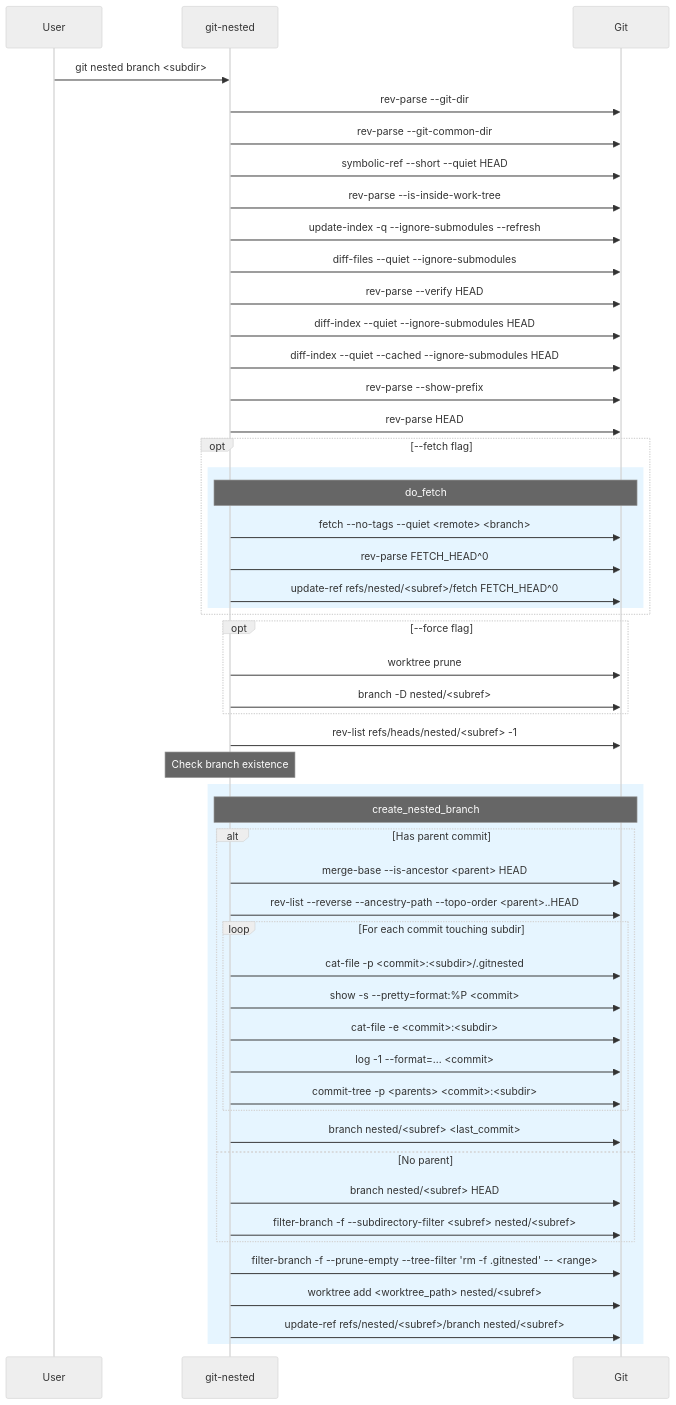
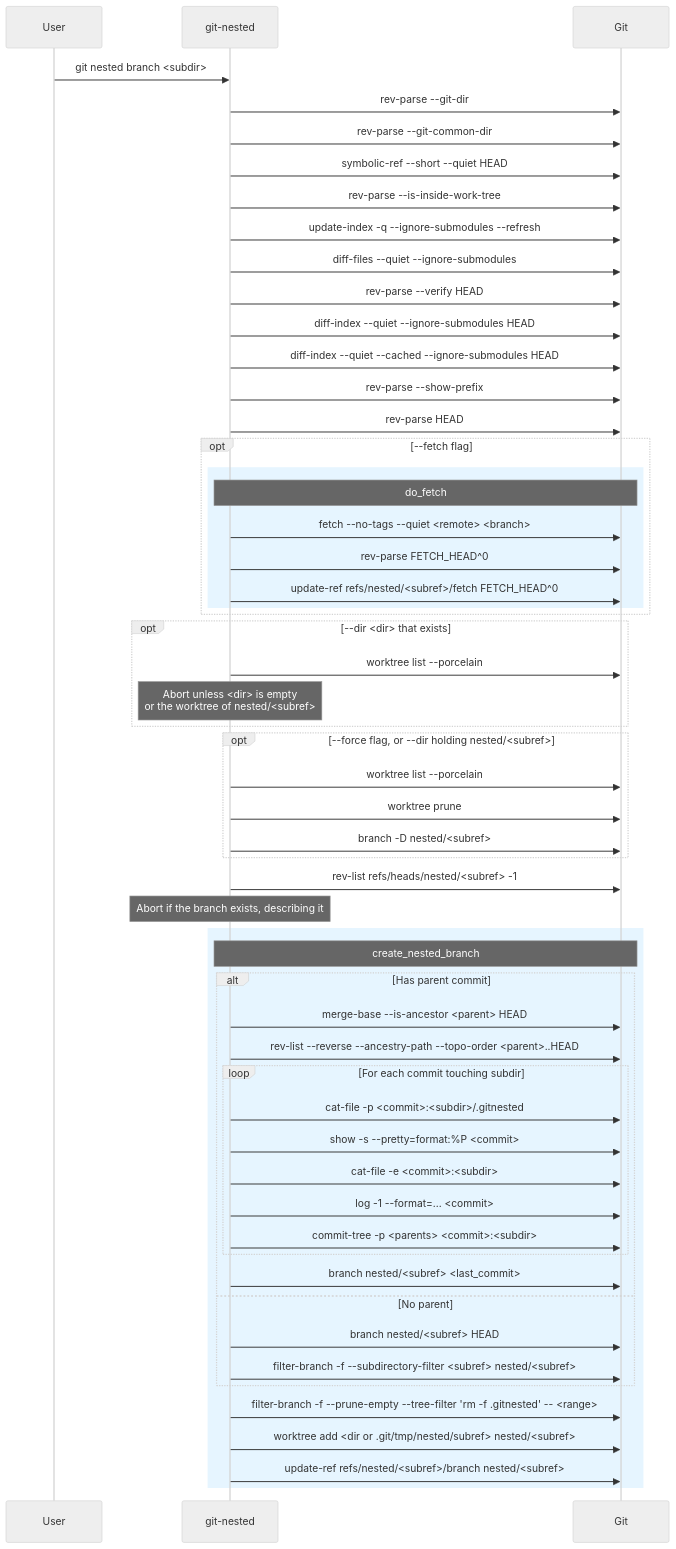
Before and after one commit to thorsten-klein/git-nested: the sixth of 12 diagrams in docs/diagrams.md, drawn with Mermaid (neutral theme). The commit also changed 13 other files, not shown here.

First line of the commit message:
feat(branch): choose where the worktree goes with -d/--dir (#50)

````diff
--- a/docs/diagrams.md
+++ b/docs/diagrams.md
@@ -303,59 +303,65 @@
 ```mermaid
 sequenceDiagram
     participant User
     participant git-nested
     participant Git
 
     User->>git-nested: git nested branch <subdir>
     git-nested->>Git: rev-parse --git-dir
     git-nested->>Git: rev-parse --git-common-dir
     git-nested->>Git: symbolic-ref --short --quiet HEAD
     git-nested->>Git: rev-parse --is-inside-work-tree
     git-nested->>Git: update-index -q --ignore-submodules --refresh
     git-nested->>Git: diff-files --quiet --ignore-submodules
     git-nested->>Git: rev-parse --verify HEAD
     git-nested->>Git: diff-index --quiet --ignore-submodules HEAD
     git-nested->>Git: diff-index --quiet --cached --ignore-submodules HEAD
     git-nested->>Git: rev-parse --show-prefix
     git-nested->>Git: rev-parse HEAD
 
     opt --fetch flag
         rect rgb(230, 245, 255)
             Note over git-nested,Git: do_fetch
             git-nested->>Git: fetch --no-tags --quiet <remote> <branch>
             git-nested->>Git: rev-parse FETCH_HEAD^0
             git-nested->>Git: update-ref refs/nested/<subref>/fetch FETCH_HEAD^0
         end
     end
 
-    opt --force flag
+    opt --dir <dir> that exists
+        git-nested->>Git: worktree list --porcelain
+        Note over git-nested: Abort unless <dir> is empty<br/>or the worktree of nested/<subref>
+    end
+
+    opt --force flag, or --dir holding nested/<subref>
+        git-nested->>Git: worktree list --porcelain
         git-nested->>Git: worktree prune
         git-nested->>Git: branch -D nested/<subref>
     end
 
     git-nested->>Git: rev-list refs/heads/nested/<subref> -1
-    Note over git-nested: Check branch existence
+    Note over git-nested: Abort if the branch exists, describing it
 
     rect rgb(230, 245, 255)
         Note over git-nested,Git: create_nested_branch
         alt Has parent commit
             git-nested->>Git: merge-base --is-ancestor <parent> HEAD
             git-nested->>Git: rev-list --reverse --ancestry-path --topo-order <parent>..HEAD
             loop For each commit touching subdir
                 git-nested->>Git: cat-file -p <commit>:<subdir>/.gitnested
                 git-nested->>Git: show -s --pretty=format:%P <commit>
                 git-nested->>Git: cat-file -e <commit>:<subdir>
                 git-nested->>Git: log -1 --format=... <commit>
                 git-nested->>Git: commit-tree -p <parents> <commit>:<subdir>
             end
             git-nested->>Git: branch nested/<subref> <last_commit>
         else No parent
             git-nested->>Git: branch nested/<subref> HEAD
             git-nested->>Git: filter-branch -f --subdirectory-filter <subref> nested/<subref>
         end
 
         git-nested->>Git: filter-branch -f --prune-empty --tree-filter 'rm -f .gitnested' -- <range>
-        git-nested->>Git: worktree add <worktree_path> nested/<subref>
+        git-nested->>Git: worktree add <dir or .git/tmp/nested/subref> nested/<subref>
         git-nested->>Git: update-ref refs/nested/<subref>/branch nested/<subref>
     end
 ```
````
